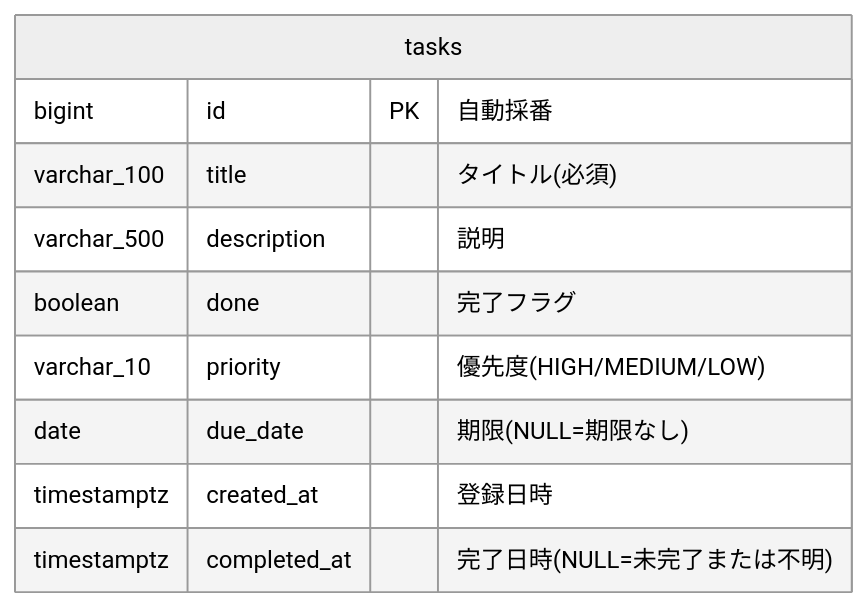
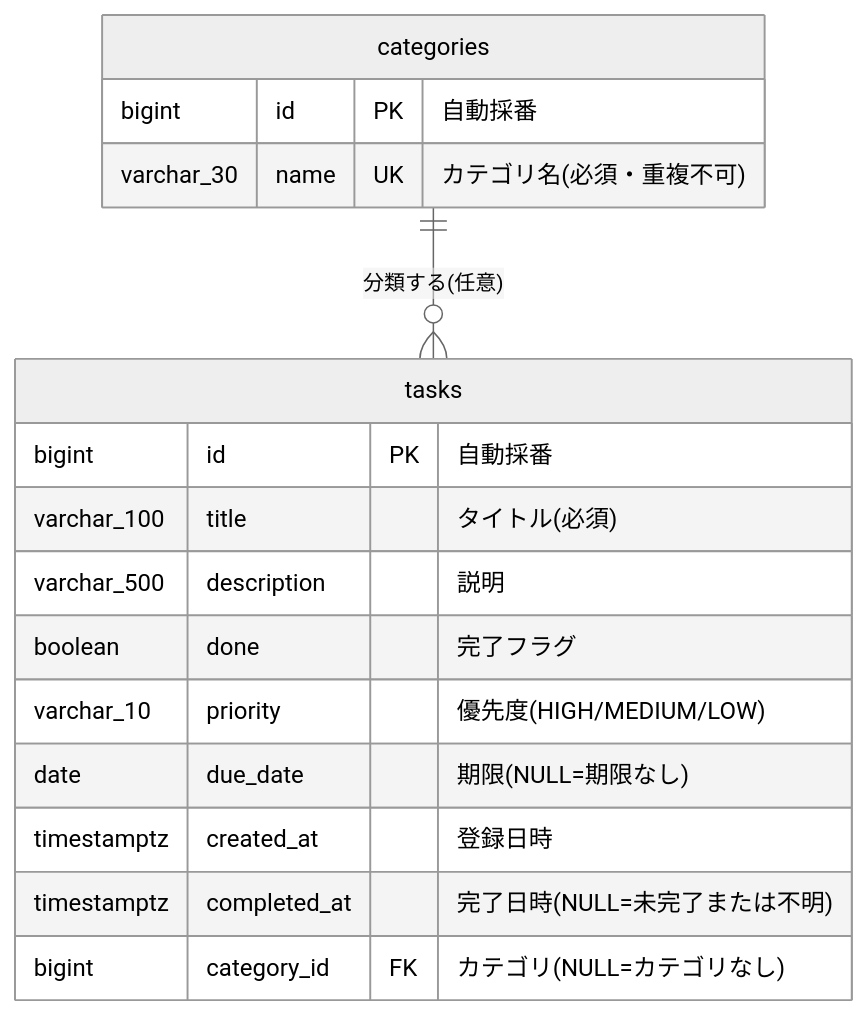
Before and after one commit to jt-yamaguchi/my-training-task: the diagram in docs/design/task/03_基本設計.md, drawn with Mermaid (neutral theme). The commit also changed other lines of this file and 33 other files, not shown here.

````diff
--- a/docs/design/task/03_基本設計.md
+++ b/docs/design/task/03_基本設計.md
@@ -57,13 +64,19 @@
 ```mermaid
 erDiagram
+    categories ||--o{ tasks : "分類する(任意)"
+    categories {
+        bigint id PK "自動採番"
+        varchar_30 name UK "カテゴリ名(必須・重複不可)"
+    }
     tasks {
         bigint id PK "自動採番"
         varchar_100 title "タイトル(必須)"
         varchar_500 description "説明"
         boolean done "完了フラグ"
         varchar_10 priority "優先度(HIGH/MEDIUM/LOW)"
         date due_date "期限(NULL=期限なし)"
         timestamptz created_at "登録日時"
         timestamptz completed_at "完了日時(NULL=未完了または不明)"
+        bigint category_id FK "カテゴリ(NULL=カテゴリなし)"
     }
 ```
````
